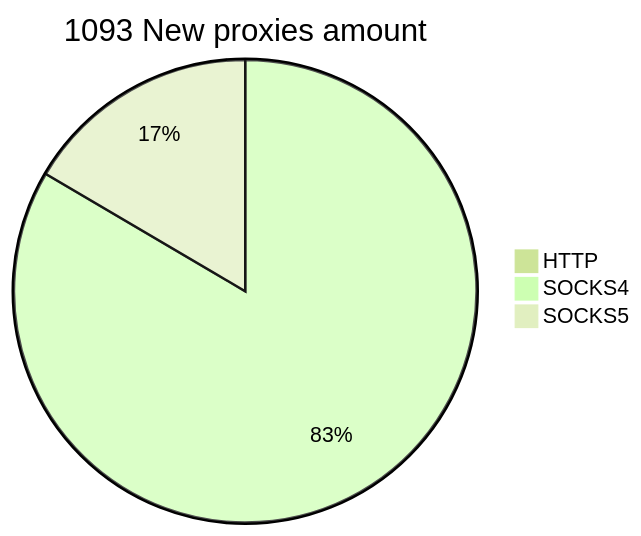
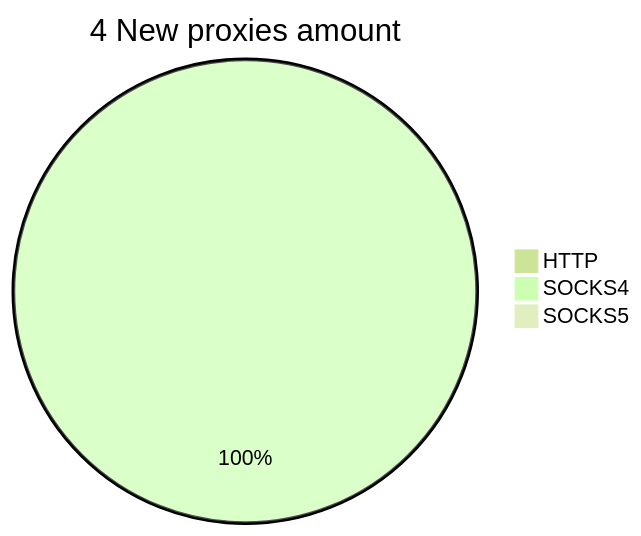
The second of 2 diagrams in README.md (cutipu/proxylist), drawn with Mermaid (forest theme) before and after one commit. The commit also changed other lines of this file, not shown here.

````diff
--- a/README.md
+++ b/README.md
@@ -10,6 +10,6 @@
 ```mermaid
-pie title 1093 New proxies amount
+pie title 4 New proxies amount
     "HTTP" : 0
-    "SOCKS4" : 959
-    "SOCKS5" : 190
+    "SOCKS4" : 6
+    "SOCKS5" : 0
 ```
````
